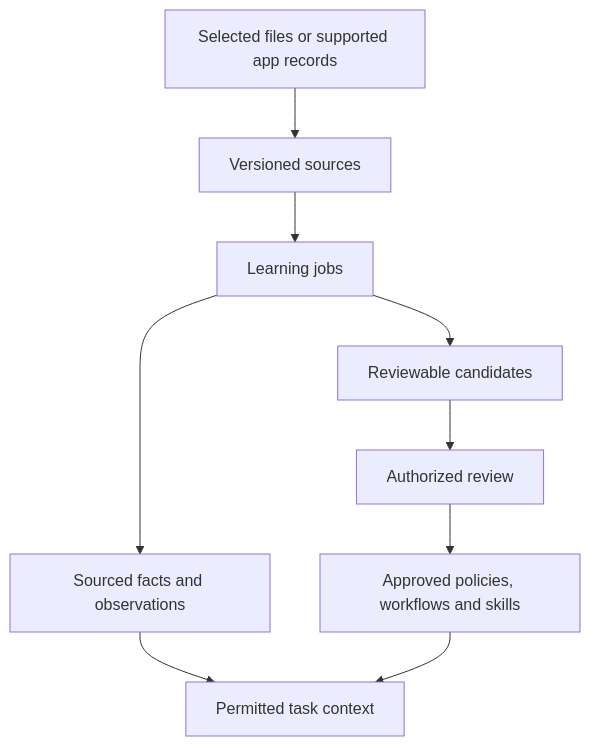
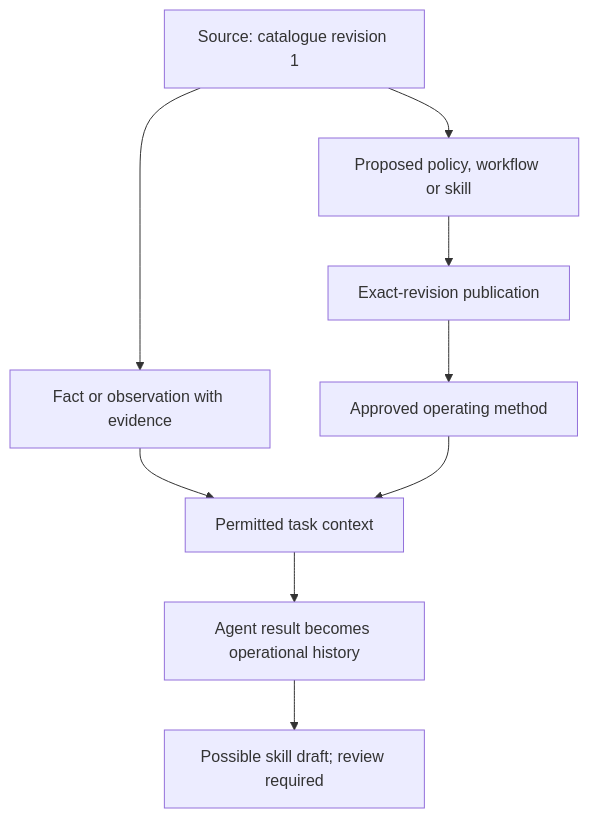
One commit to Atmet-AI/Atmet-brain changed the diagram in docs/diagrams/overview-3.mmd. Above: the diagram before and after it, drawn with Mermaid. The commit also changed 16 other files, not shown here.

```diff
--- a/docs/diagrams/overview-3.mmd
+++ b/docs/diagrams/overview-3.mmd
@@ -1,9 +1,9 @@
-flowchart TB
-    Selected["Selected files or supported app records"] --> Sources["Versioned sources"]
-    Sources --> Jobs["Learning jobs"]
-    Jobs --> Memory["Sourced facts and observations"]
-    Jobs --> Drafts["Reviewable candidates"]
-    Drafts --> Review["Authorized review"]
-    Review --> Approved["Approved policies, workflows and skills"]
-    Memory --> Context["Permitted task context"]
-    Approved --> Context
+flowchart TD
+    Source["Source: catalogue revision 1"] --> Fact["Fact or observation with evidence"]
+    Source --> Proposal["Proposed policy, workflow or skill"]
+    Proposal --> Review["Exact-revision publication"]
+    Review --> Method["Approved operating method"]
+    Fact --> Context["Permitted task context"]
+    Method --> Context
+    Context --> Outcome["Agent result becomes operational history"]
+    Outcome --> Candidate["Possible skill draft; review required"]
```
